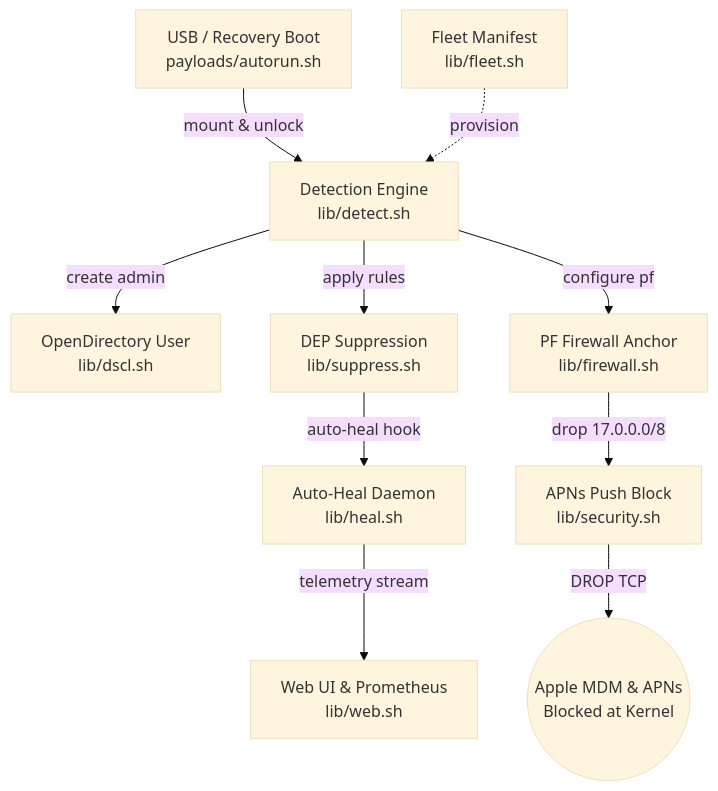
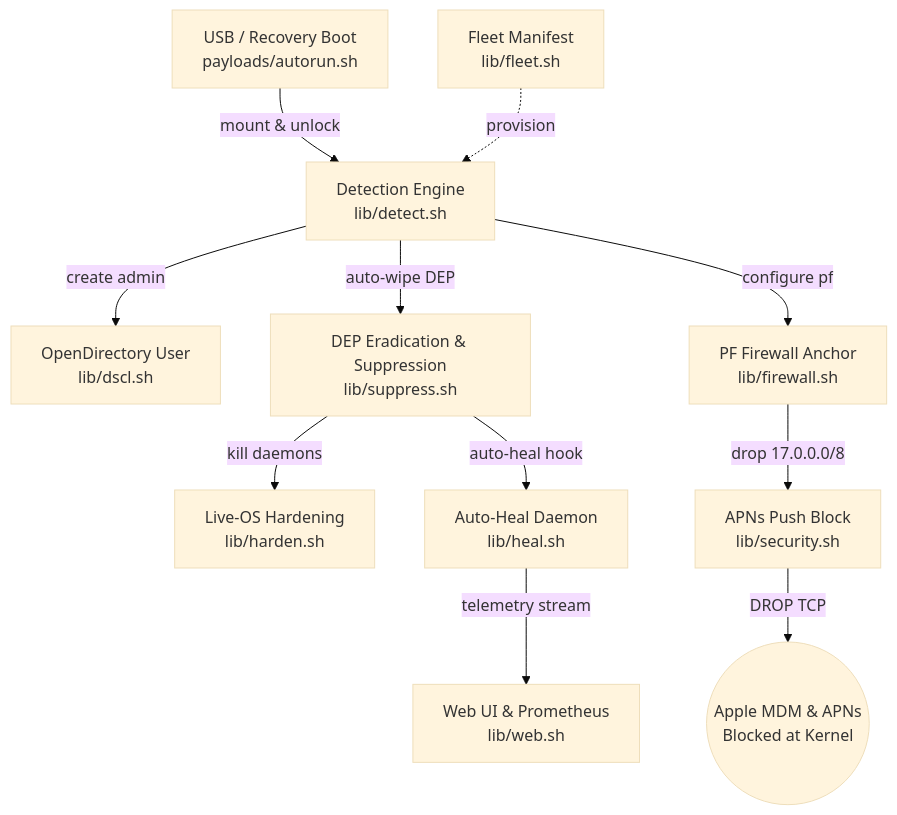
One commit to iacavd/unleash changed the diagram in README.md. Above: the diagram before and after it, drawn with Mermaid (base theme). The commit also changed 4 other files, not shown here.

Commit message:
docs: update archify architecture diagram and reference docs for auto-recovery

````diff
--- a/README.md
+++ b/README.md
@@ -49,12 +49,13 @@
 ```mermaid
 graph TD
     A[USB / Recovery Boot<br/>payloads/autorun.sh] -->|mount & unlock| B[Detection Engine<br/>lib/detect.sh]
     M[Fleet Manifest<br/>lib/fleet.sh] -.->|provision| B
     B -->|create admin| C[OpenDirectory User<br/>lib/dscl.sh]
-    B -->|apply rules| D[DEP Suppression<br/>lib/suppress.sh]
+    B -->|auto-wipe DEP| D[DEP Eradication & Suppression<br/>lib/suppress.sh]
     B -->|configure pf| E[PF Firewall Anchor<br/>lib/firewall.sh]
+    D -->|kill daemons| J[Live-OS Hardening<br/>lib/harden.sh]
     E -->|drop 17.0.0.0/8| F[APNs Push Block<br/>lib/security.sh]
     D -->|auto-heal hook| G[Auto-Heal Daemon<br/>lib/heal.sh]
     G -->|telemetry stream| H[Web UI & Prometheus<br/>lib/web.sh]
     F -->|DROP TCP| I((Apple MDM & APNs<br/>Blocked at Kernel))
 ```
````
